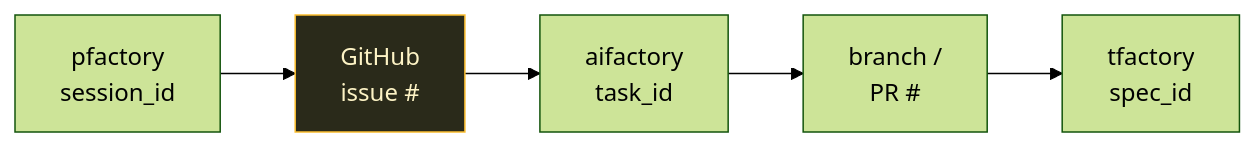
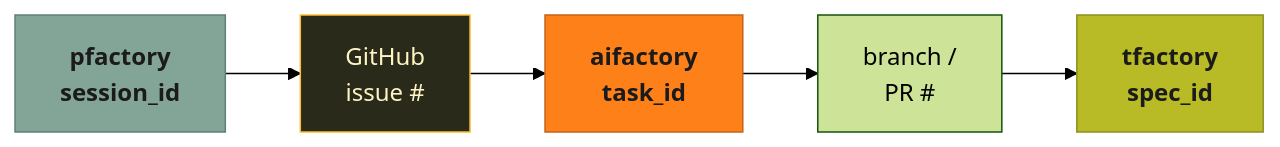
One commit to olafkfreund/Factory changed the third of 3 diagrams in docs/architecture.md. Above: the diagram before and after it, drawn with Mermaid (forest theme). The commit also changed other lines of this file and 7 other files, not shown here.

First line of the commit message:
docs: colored Mermaid diagrams + flashier landing (#227)

```diff
--- a/docs/architecture.md
+++ b/docs/architecture.md
@@ -102,10 +116,17 @@
 <div class="mermaid">
 flowchart LR
     A["pfactory<br/>session_id"] --> B["GitHub<br/>issue #"]
     B --> C["aifactory<br/>task_id"]
     C --> D["branch /<br/>PR #"]
     D --> E["tfactory<br/>spec_id"]
 
     classDef key fill:#2a2a1a,stroke:#fabd2f,color:#fdf3c5;
     class B key;
+    classDef pf fill:#83a598,stroke:#5f8175,color:#1b1b1b,font-weight:bold;
+    classDef af fill:#fe8019,stroke:#c4641a,color:#1b1b1b,font-weight:bold;
+    classDef tf fill:#b8bb26,stroke:#8d9020,color:#1b1b1b,font-weight:bold;
+    classDef cf fill:#fabd2f,stroke:#c69526,color:#1b1b1b,font-weight:bold;
+    class A pf;
+    class C af;
+    class E tf;
 </div>
```
